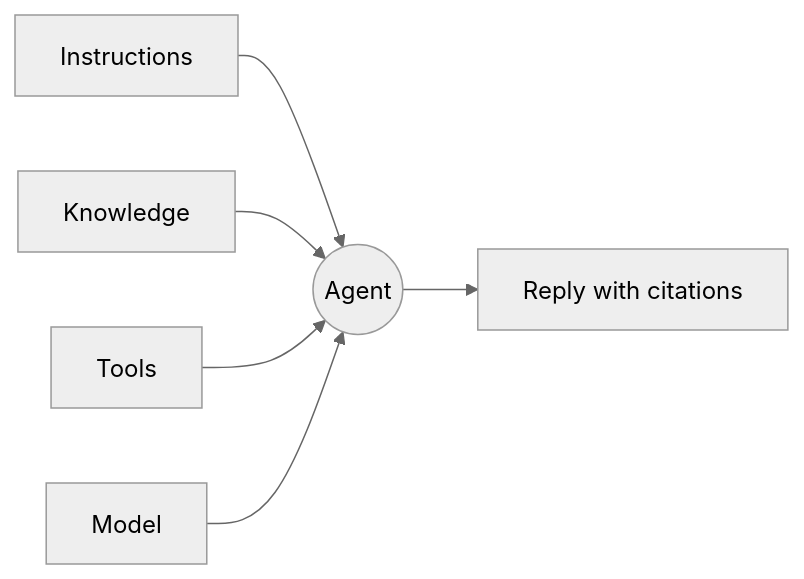
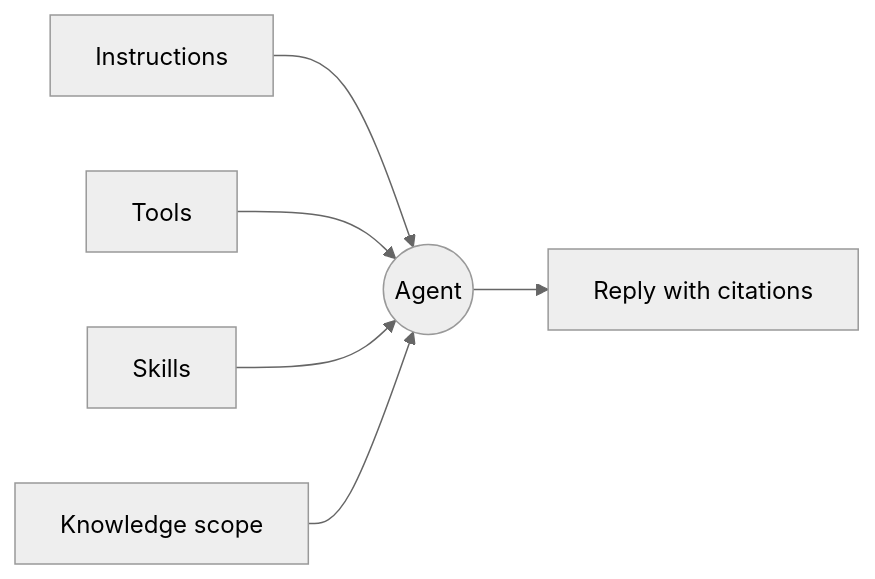
The diagram in docs/en/platform/agents/concepts.md (tale-project/tale), drawn with Mermaid (neutral theme) before and after one commit. The commit also changed other lines of this file and 4688 other files, not shown here.

````diff
--- a/docs/en/platform/agents/concepts.md
+++ b/docs/en/platform/agents/concepts.md
@@ -26,8 +28,8 @@
 ```mermaid
 flowchart LR
     I[Instructions] --> A((Agent))
-    K[Knowledge] --> A
     T[Tools] --> A
-    M[Model] --> A
+    S[Skills] --> A
+    K[Knowledge scope] --> A
     A --> R[Reply with citations]
 ```
````
